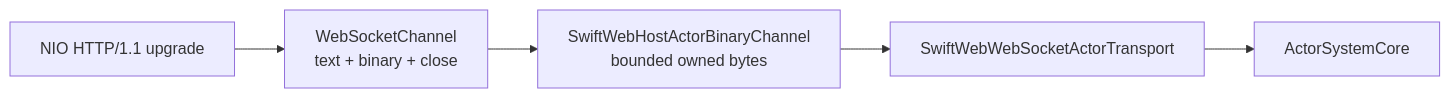
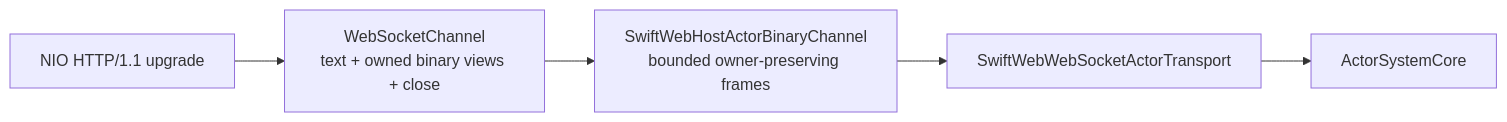
Before and after one commit to 1amageek/swift-web: diagram 12 of 15 in docs/SwiftActorSystemDesign.md, drawn with Mermaid. The commit also changed other lines of this file and 16 other files, not shown here.

Commit message:
Preserve WebSocket binary buffer ownership

````diff
--- a/docs/SwiftActorSystemDesign.md
+++ b/docs/SwiftActorSystemDesign.md
@@ -1900,7 +1900,7 @@
 ```mermaid
 flowchart LR
-  Upgrade["NIO HTTP/1.1 upgrade"] --> Socket["WebSocketChannel<br/>text + binary + close"]
-  Socket --> HostChannel["SwiftWebHostActorBinaryChannel<br/>bounded owned bytes"]
+  Upgrade["NIO HTTP/1.1 upgrade"] --> Socket["WebSocketChannel<br/>text + owned binary views + close"]
+  Socket --> HostChannel["SwiftWebHostActorBinaryChannel<br/>bounded owner-preserving frames"]
   HostChannel --> Multiplexer["SwiftWebWebSocketActorTransport"]
   Multiplexer --> Core["ActorSystemCore"]
 ```
````
